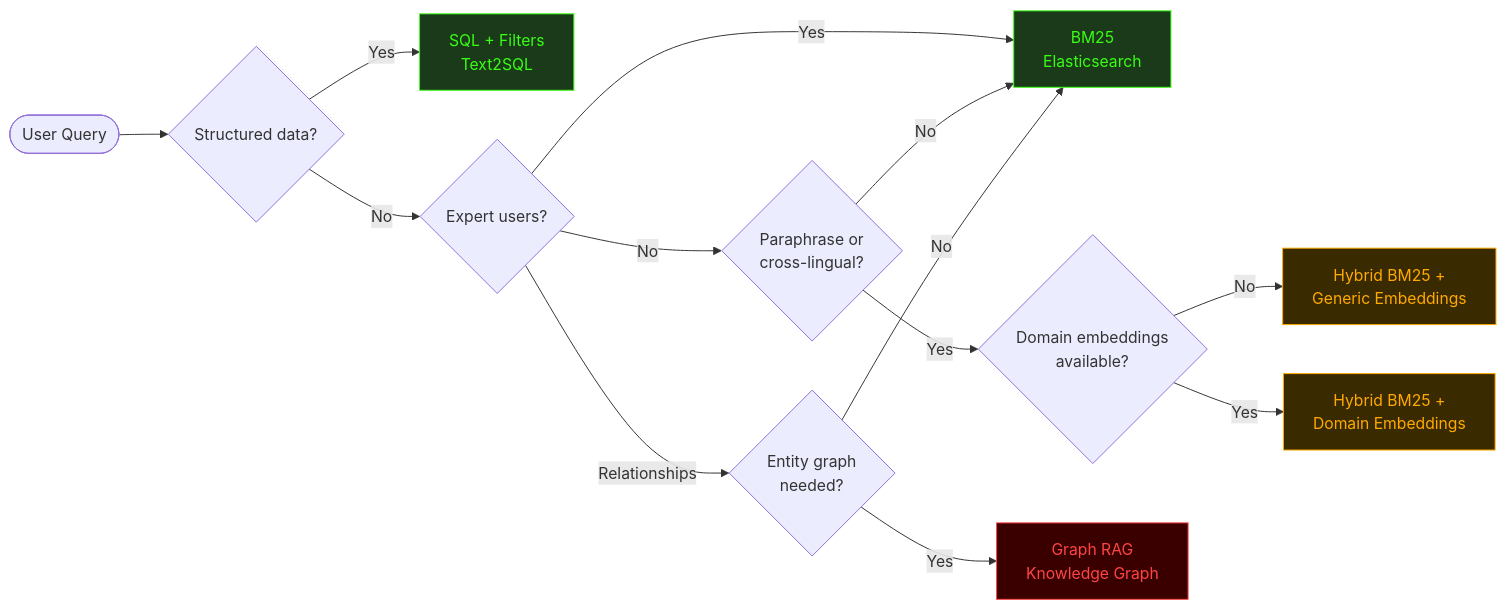
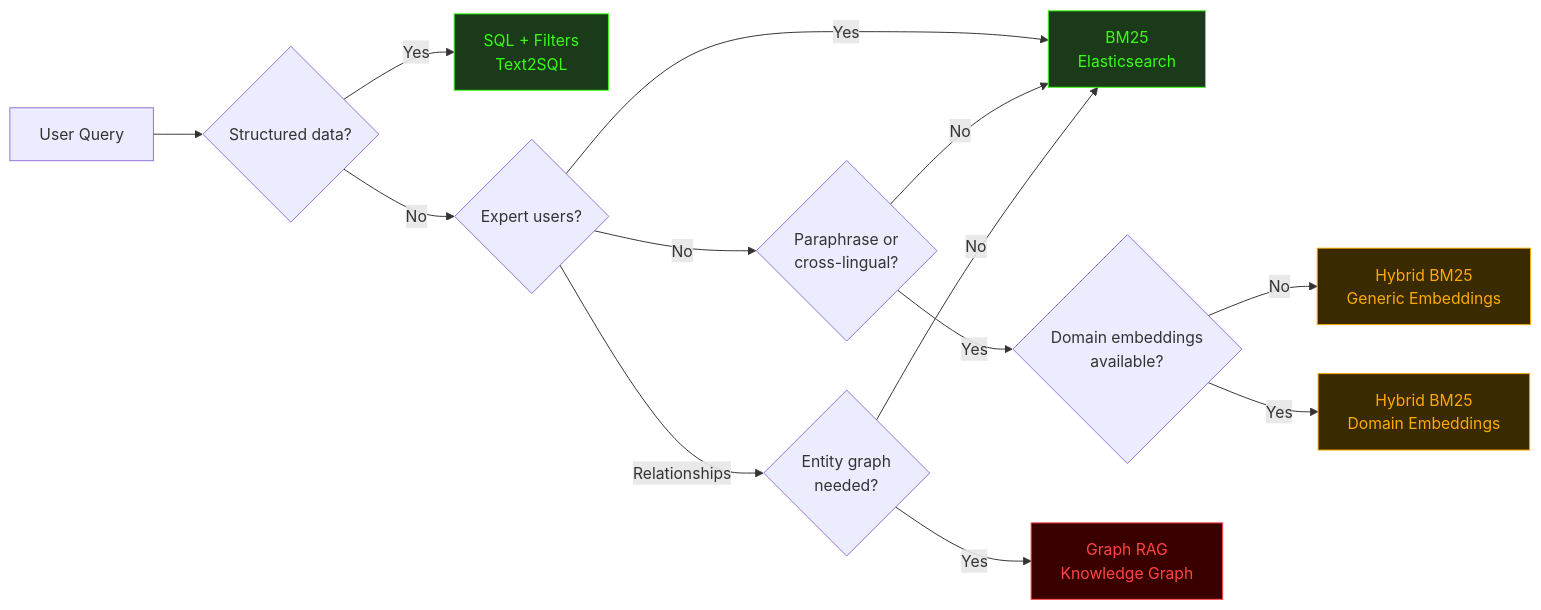
One commit to bet0x/barrahome-2026 changed the second of 3 diagrams in 2026/02/19/rag-from-theory-to-enterprise.md. Above: the diagram before and after it, drawn with Mermaid. The commit also changed other lines of this file, not shown here.

Commit message:
Fix mermaid: use br instead of newline, remove flowchart-specific shapes

```diff
--- a/2026/02/19/rag-from-theory-to-enterprise.md
+++ b/2026/02/19/rag-from-theory-to-enterprise.md
@@ -59,21 +59,21 @@
 <div class="mermaid">
 graph LR
-    Q([User Query]) --> S1{Structured data?}
-    S1 -->|Yes| SQL[SQL + Filters\nText2SQL]
+    Q[User Query] --> S1{Structured data?}
+    S1 -->|Yes| SQL[SQL + Filters<br/>Text2SQL]
     S1 -->|No| S2{Expert users?}
-    S2 -->|Yes| BM25[BM25\nElasticsearch]
-    S2 -->|No| S3{Paraphrase or\ncross-lingual?}
+    S2 -->|Yes| BM25[BM25<br/>Elasticsearch]
+    S2 -->|No| S3{Paraphrase or<br/>cross-lingual?}
     S3 -->|No| BM25
-    S3 -->|Yes| S4{Domain embeddings\navailable?}
-    S4 -->|No| HG[Hybrid BM25 +\nGeneric Embeddings]
-    S4 -->|Yes| HD[Hybrid BM25 +\nDomain Embeddings]
-    S2 -->|Relationships| S5{Entity graph\nneeded?}
-    S5 -->|Yes| GRAPH[Graph RAG\nKnowledge Graph]
+    S3 -->|Yes| S4{Domain embeddings<br/>available?}
+    S4 -->|No| HG[Hybrid BM25<br/>Generic Embeddings]
+    S4 -->|Yes| HD[Hybrid BM25<br/>Domain Embeddings]
+    S2 -->|Relationships| S5{Entity graph<br/>needed?}
+    S5 -->|Yes| GRAPH[Graph RAG<br/>Knowledge Graph]
     S5 -->|No| BM25
 
     style SQL fill:#1a3a1a,stroke:#39ff14,color:#39ff14
     style BM25 fill:#1a3a1a,stroke:#39ff14,color:#39ff14
     style HD fill:#3a2a00,stroke:#ffaa00,color:#ffaa00
     style HG fill:#3a2a00,stroke:#ffaa00,color:#ffaa00
     style GRAPH fill:#3a0000,stroke:#ff4444,color:#ff4444
 </div>
```
